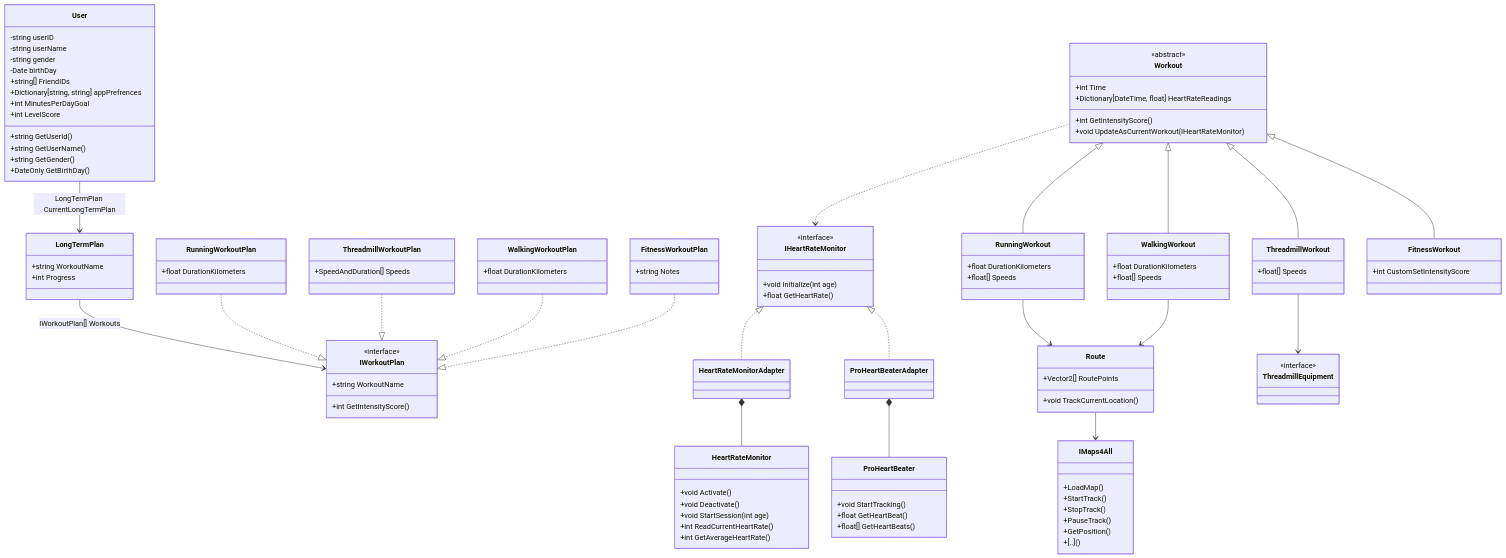
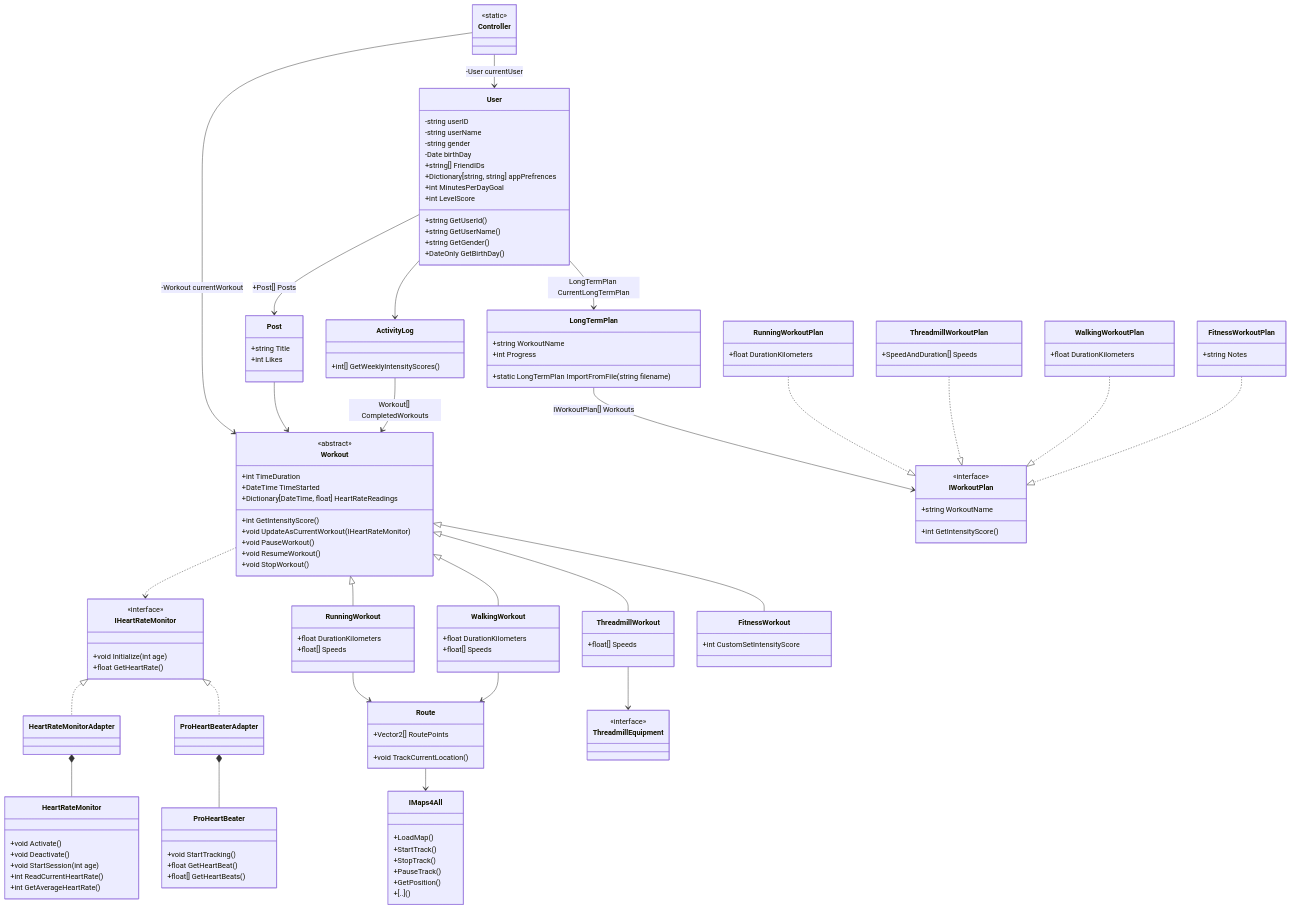
One commit to SteHun/WorkoutappAssignment changed the diagram in classDiagram.md. Above: the diagram before and after it, drawn with Mermaid. The commit also changed other lines of this file, not shown here.

Commit message:
Added more classes

````diff
--- a/classDiagram.md
+++ b/classDiagram.md
@@ -2,5 +2,11 @@
 ```mermaid
 classDiagram
+
+class Controller
+<<static>> Controller
+Controller --> User : -User currentUser
+Controller --> Workout : -Workout currentWorkout
+
 class User{
     -string userID
     -string userName
@@ -16,10 +22,26 @@
     +DateOnly GetBirthDay()
 }
 
+User --> Post : +Post[] Posts
+
+class Post{
+    +string Title
+    +int Likes
+}
+Post --> Workout
+
+User --> ActivityLog
+class ActivityLog{
+    +int[] GetWeeklyIntensityScores()
+}
+
+ActivityLog --> Workout : Workout[] CompletedWorkouts
+
 User --> LongTermPlan : LongTermPlan CurrentLongTermPlan
 class LongTermPlan{
     +string WorkoutName
     +int Progress
+    +static LongTermPlan ImportFromFile(string filename)
 }
 
 LongTermPlan --> IWorkoutPlan : IWorkoutPlan[] Workouts
@@ -53,9 +75,13 @@
 }
 
 class Workout{
-    +int Time
+    +int TimeDuration
+    +DateTime TimeStarted
     +int GetIntensityScore()
     +void UpdateAsCurrentWorkout(IHeartRateMonitor)
+    +void PauseWorkout()
+    +void ResumeWorkout()
+    +void StopWorkout()
     +Dictionary[DateTime, float] HeartRateReadings
 }
 <<abstract>> Workout
````
